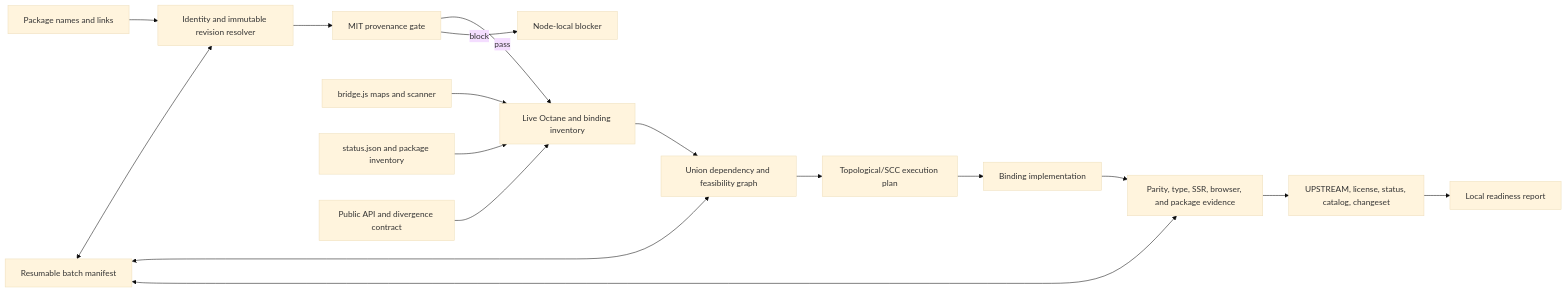
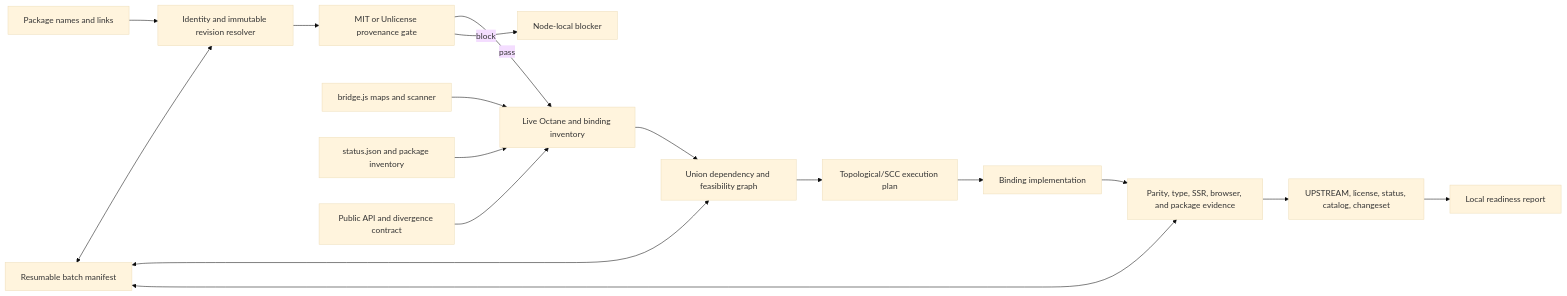
The first of 2 diagrams in docs/plans/2026-08-11-001-feat-octane-react-library-port-skill-plan.md (jonkwheeler/octane), drawn with Mermaid (base theme) before and after one commit. The commit also changed other lines of this file and 28 other files, not shown here.

````diff
--- a/docs/plans/2026-08-11-001-feat-octane-react-library-port-skill-plan.md
+++ b/docs/plans/2026-08-11-001-feat-octane-react-library-port-skill-plan.md
@@ -144,20 +145,20 @@
 ```mermaid
 flowchart LR
   Input[Package names and links] --> Resolve[Identity and immutable revision resolver]
-  Resolve --> License[MIT provenance gate]
+  Resolve --> License[MIT or Unlicense provenance gate]
   License -->|pass| Inventory[Live Octane and binding inventory]
   License -->|block| Blocked[Node-local blocker]
   Inventory --> Graph[Union dependency and feasibility graph]
   Graph --> Order[Topological/SCC execution plan]
   Order --> Port[Binding implementation]
   Port --> Evidence[Parity, type, SSR, browser, and package evidence]
   Evidence --> Artifacts[UPSTREAM, license, status, catalog, changeset]
   Artifacts --> Report[Local readiness report]
 
   Bridge[bridge.js maps and scanner] --> Inventory
   Status[status.json and package inventory] --> Inventory
   Octane[Public API and divergence contract] --> Inventory
   Manifest[Resumable batch manifest] <--> Resolve
   Manifest <--> Graph
   Manifest <--> Evidence
 ```
````
